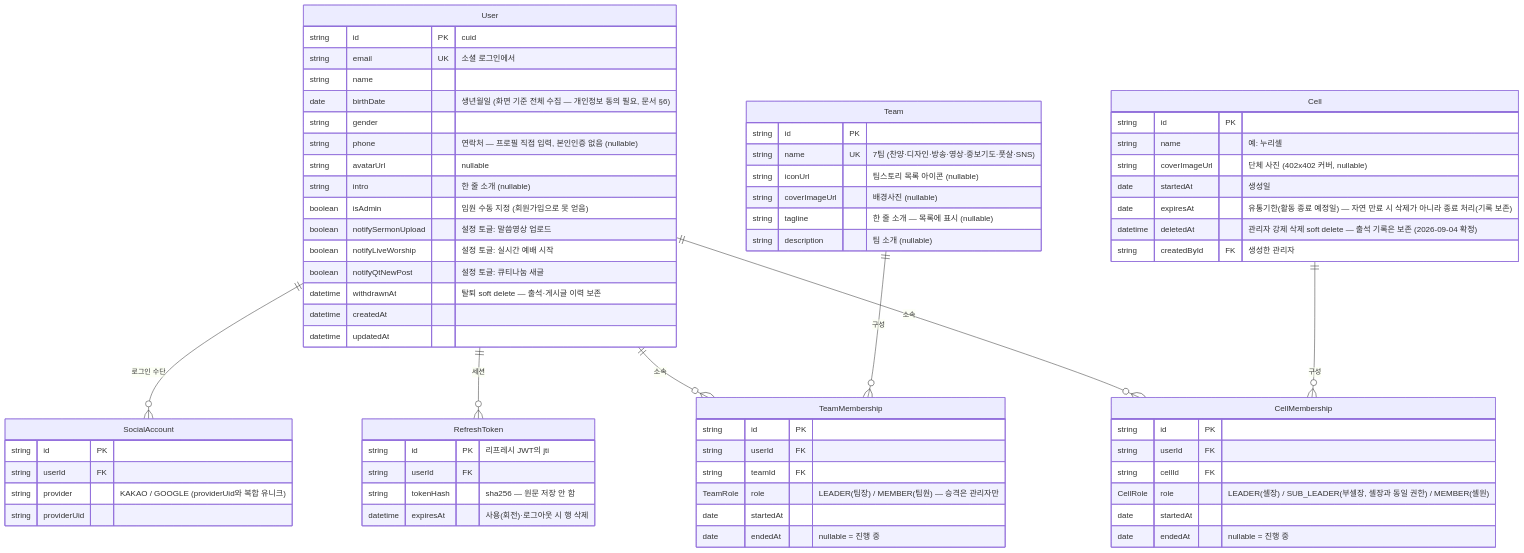
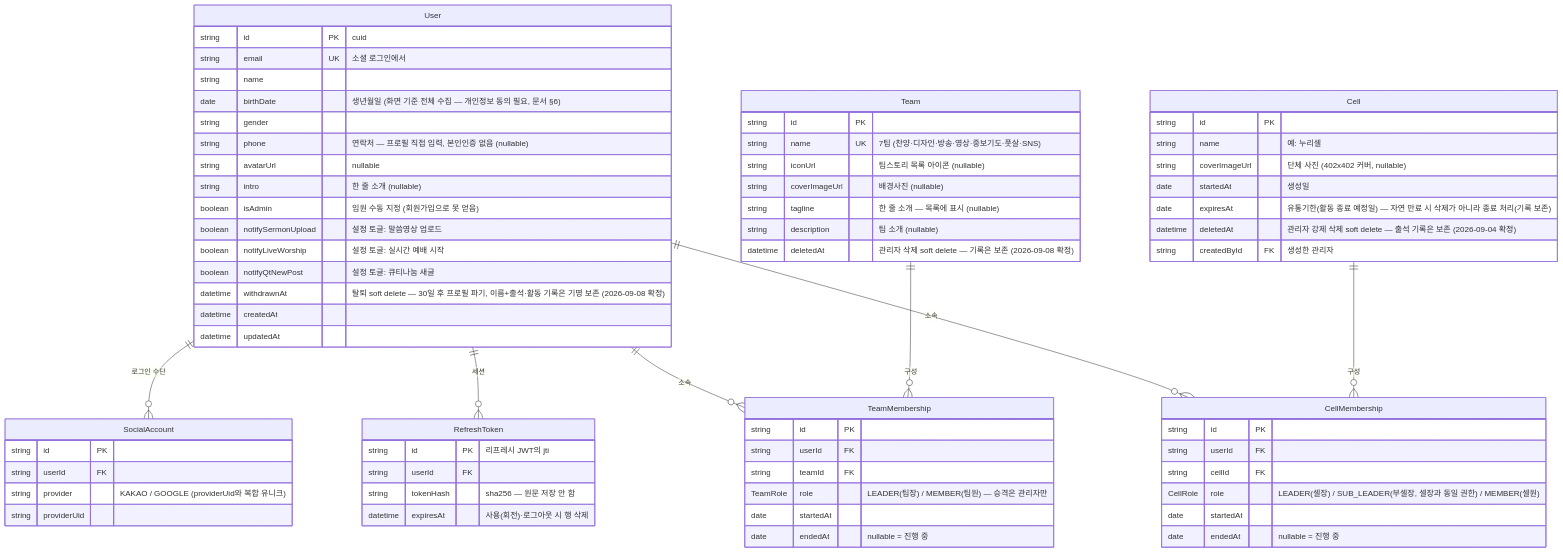
Before and after one commit to Onnuri-church/onnuri-monorepo: the first of 4 diagrams in docs/erd.md, drawn with Mermaid. The commit also changed other lines of this file and 4 other files, not shown here.

First line of the commit message:
SCRUM-123 feat: 팀 soft delete·취향 소그룹 소그룹장/승인제 스키마 추가

````diff
--- a/docs/erd.md
+++ b/docs/erd.md
@@ -10,78 +10,79 @@
 ```mermaid
 erDiagram
     User ||--o{ SocialAccount : "로그인 수단"
     User ||--o{ RefreshToken : "세션"
     User ||--o{ TeamMembership : "소속"
     Team ||--o{ TeamMembership : "구성"
     User ||--o{ CellMembership : "소속"
     Cell ||--o{ CellMembership : "구성"
 
     User {
         string id PK "cuid"
         string email UK "소셜 로그인에서"
         string name
         date birthDate "생년월일 (화면 기준 전체 수집 — 개인정보 동의 필요, 문서 §6)"
         string gender
         string phone "연락처 — 프로필 직접 입력, 본인인증 없음 (nullable)"
         string avatarUrl "nullable"
         string intro "한 줄 소개 (nullable)"
         boolean isAdmin "임원 수동 지정 (회원가입으로 못 얻음)"
         boolean notifySermonUpload "설정 토글: 말씀영상 업로드"
         boolean notifyLiveWorship "설정 토글: 실시간 예배 시작"
         boolean notifyQtNewPost "설정 토글: 큐티나눔 새글"
-        datetime withdrawnAt "탈퇴 soft delete — 출석·게시글 이력 보존"
+        datetime withdrawnAt "탈퇴 soft delete — 30일 후 프로필 파기, 이름+출석·활동 기록은 기명 보존 (2026-09-08 확정)"
         datetime createdAt
         datetime updatedAt
     }
 
     SocialAccount {
         string id PK
         string userId FK
         string provider "KAKAO / GOOGLE (providerUid와 복합 유니크)"
         string providerUid
     }
 
     RefreshToken {
         string id PK "리프레시 JWT의 jti"
         string userId FK
         string tokenHash "sha256 — 원문 저장 안 함"
         datetime expiresAt "사용(회전)·로그아웃 시 행 삭제"
     }
 
     Team {
         string id PK
         string name UK "7팀 (찬양·디자인·방송·영상·중보기도·풋살·SNS)"
         string iconUrl "팀스토리 목록 아이콘 (nullable)"
         string coverImageUrl "배경사진 (nullable)"
         string tagline "한 줄 소개 — 목록에 표시 (nullable)"
         string description "팀 소개 (nullable)"
+        datetime deletedAt "관리자 삭제 soft delete — 기록은 보존 (2026-09-08 확정)"
     }
 
     TeamMembership {
         string id PK
         string userId FK
         string teamId FK
         TeamRole role "LEADER(팀장) / MEMBER(팀원) — 승격은 관리자만"
         date startedAt
         date endedAt "nullable = 진행 중"
     }
 
     Cell {
         string id PK
         string name "예: 누리셀"
         string coverImageUrl "단체 사진 (402x402 커버, nullable)"
         date startedAt "생성일"
         date expiresAt "유통기한(활동 종료 예정일) — 자연 만료 시 삭제가 아니라 종료 처리(기록 보존)"
         datetime deletedAt "관리자 강제 삭제 soft delete — 출석 기록은 보존 (2026-09-04 확정)"
         string createdById FK "생성한 관리자"
     }
 
     CellMembership {
         string id PK
         string userId FK
         string cellId FK
         CellRole role "LEADER(셀장) / SUB_LEADER(부셀장, 셀장과 동일 권한) / MEMBER(셀원)"
         date startedAt
         date endedAt "nullable = 진행 중"
     }
 ```
````
